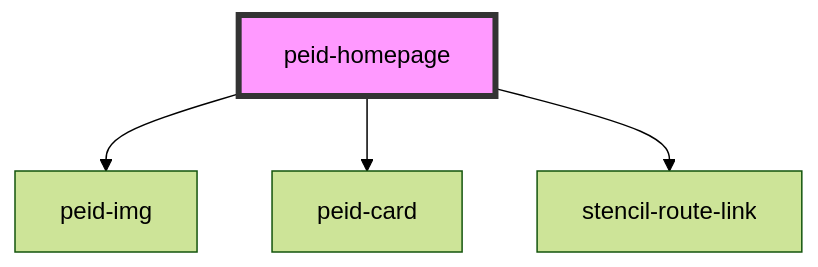
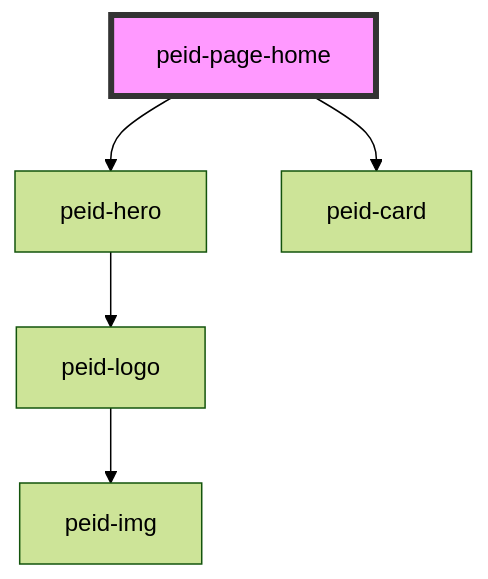
The diagram in packages/website/src/app/pages/homepage/readme.md (peidesign/princeedwardisland.design), drawn with Mermaid (forest theme) before and after one commit. The commit also changed other lines of this file and 57 other files, not shown here.

````diff
--- a/packages/website/src/app/pages/homepage/readme.md
+++ b/packages/website/src/app/pages/homepage/readme.md
@@ -17,7 +16,8 @@
 ```mermaid
 graph TD;
-  peid-homepage --> peid-img
-  peid-homepage --> peid-card
-  peid-homepage --> stencil-route-link
-  style peid-homepage fill:#f9f,stroke:#333,stroke-width:4px
+  peid-page-home --> peid-hero
+  peid-page-home --> peid-card
+  peid-hero --> peid-logo
+  peid-logo --> peid-img
+  style peid-page-home fill:#f9f,stroke:#333,stroke-width:4px
 ```
````
